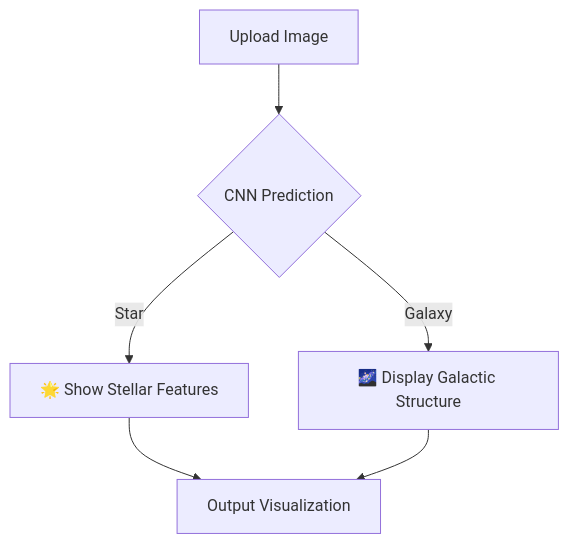
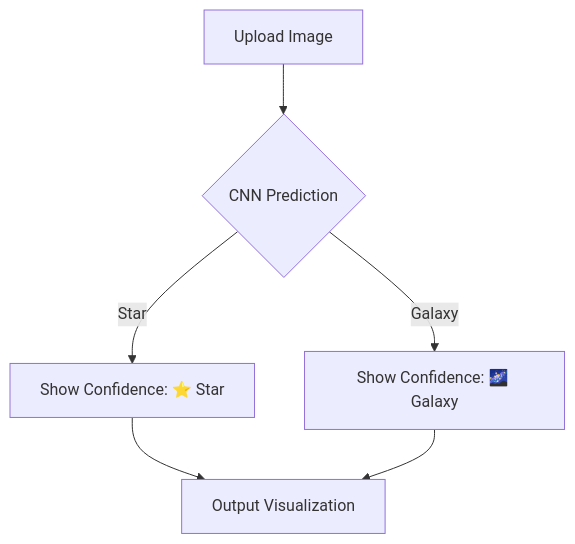
One commit to hajarAfaf/projet3 changed the diagram in README.md. Above: the diagram before and after it, drawn with Mermaid.

````diff
--- a/README.md
+++ b/README.md
@@ -140,8 +140,8 @@
 ```mermaid
 graph TD
     A[Upload Image] --> B{CNN Prediction}
-    B -->|Star| C[🌟 Show Stellar Features]
-    B -->|Galaxy| D[🌌 Display Galactic Structure]
+    B -->|Star| C[Show Confidence: ⭐ Star]
+    B -->|Galaxy| D[ Show Confidence: 🌌 Galaxy]
     C --> E[Output Visualization]
     D --> E
 ```
````
